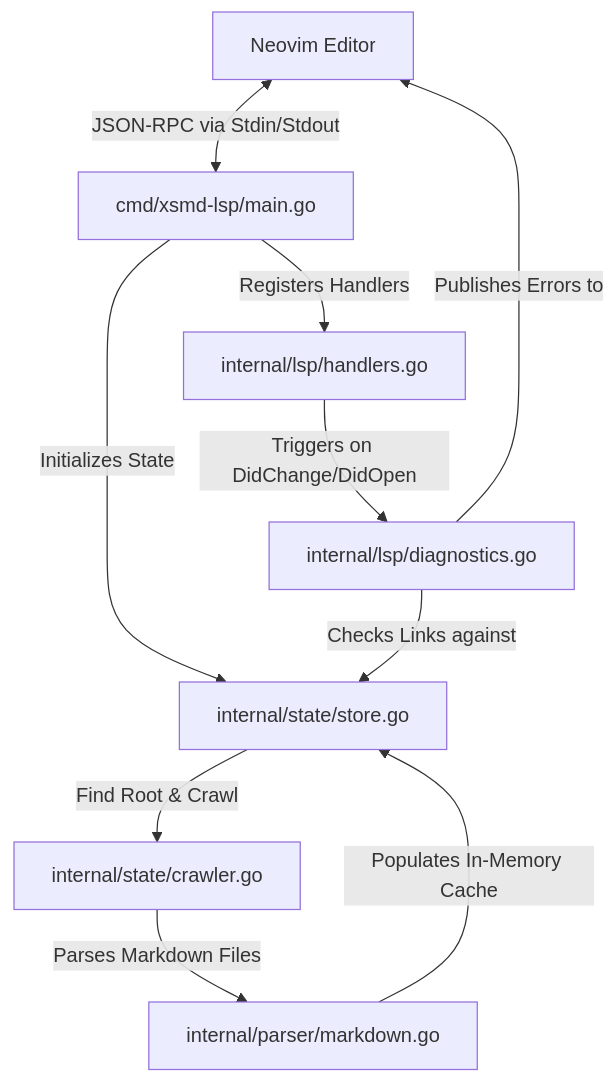
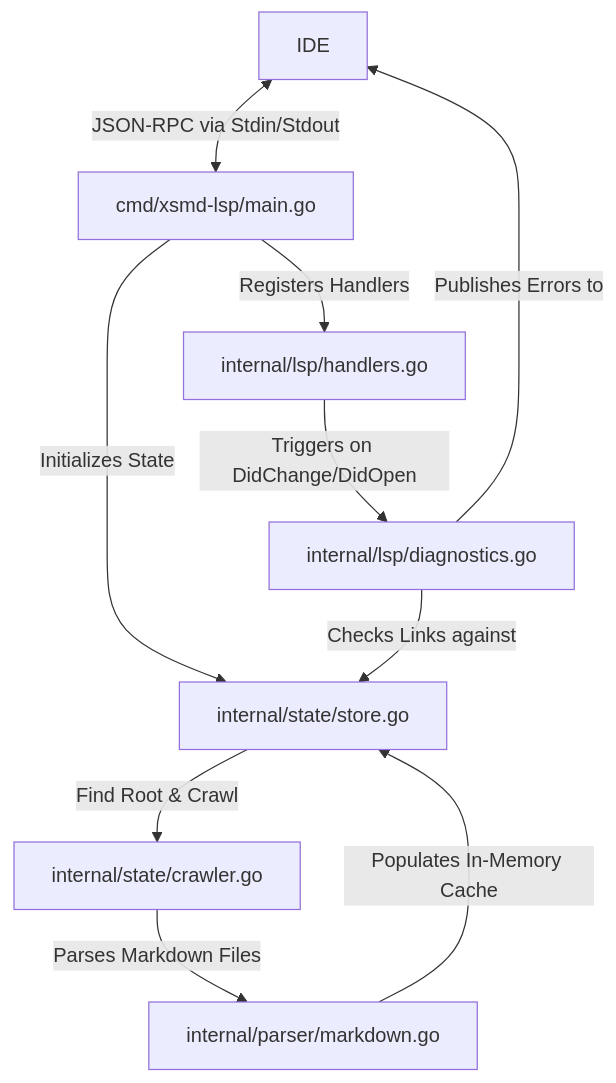
The diagram in docs/architecture.md (RaquerLabs/xsmd), drawn with Mermaid before and after one commit. The commit also changed other lines of this file and 3 other files, not shown here.

````diff
--- a/docs/architecture.md
+++ b/docs/architecture.md
@@ -13,14 +20,14 @@
 ```mermaid
 graph TD
-    Client[Neovim Editor] <-->|JSON-RPC via Stdin/Stdout| Main[cmd/xsmd-lsp/main.go]
+    Client[IDE] <-->|JSON-RPC via Stdin/Stdout| Main[cmd/xsmd-lsp/main.go]
     Main -->|Initializes State| State[internal/state/store.go]
     Main -->|Registers Handlers| LSP[internal/lsp/handlers.go]
 
     State -->|Find Root & Crawl| Crawler[internal/state/crawler.go]
     Crawler -->|Parses Markdown Files| Parser[internal/parser/markdown.go]
     Parser -->|Populates In-Memory Cache| State
 
     LSP -->|Triggers on DidChange/DidOpen| Diag[internal/lsp/diagnostics.go]
     Diag -->|Checks Links against| State
     Diag -->|Publishes Errors to| Client
 ```
````
